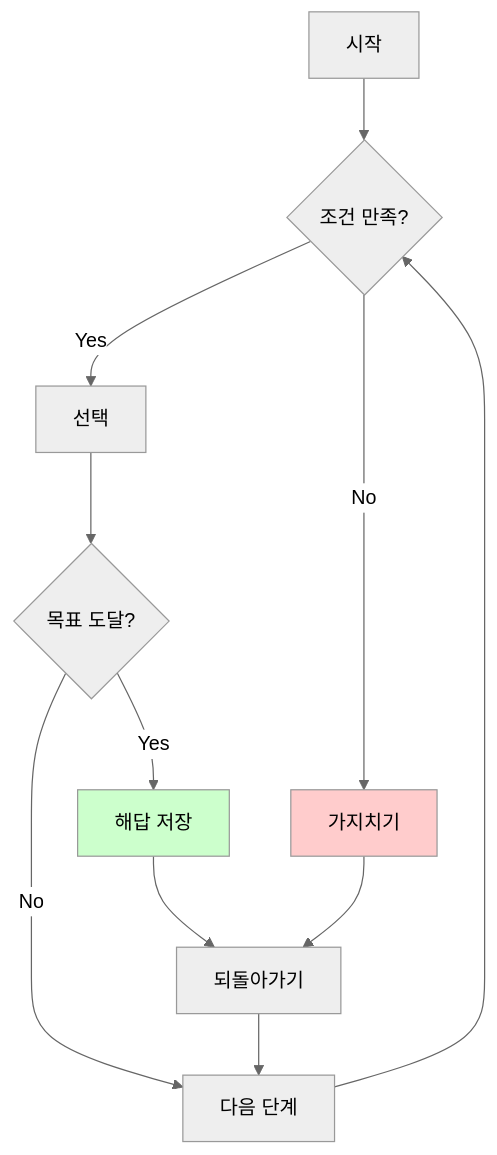
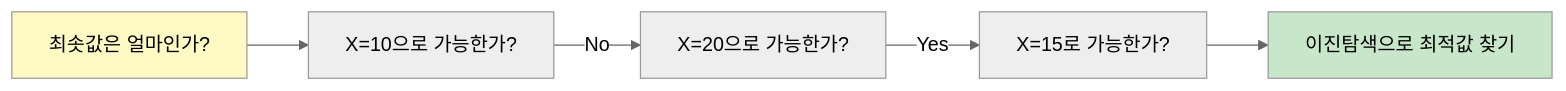
Before and after one commit to nugurejeil/weniVooks: the third of 3 diagrams in _md/essentials-codingtest/chapter04/04-3.md, drawn with Mermaid (neutral theme). The commit also changed other lines of this file and 9 other files, not shown here.

````diff
--- a/_md/essentials-codingtest/chapter04/04-3.md
+++ b/_md/essentials-codingtest/chapter04/04-3.md
@@ -170,16 +192,10 @@
 ```mermaid
-graph TD
-    A[시작] --> B{조건 만족?}
-    B -->|Yes| C[선택]
-    B -->|No| D[가지치기]
-    C --> E{목표 도달?}
-    E -->|Yes| F[해답 저장]
-    E -->|No| G[다음 단계]
-    G --> B
-    F --> H[되돌아가기]
-    H --> G
-    D --> H
+graph LR
+    A["최솟값은 얼마인가?"] --> B["X=10으로 가능한가?"]
+    B -->|No| C["X=20으로 가능한가?"]
+    C -->|Yes| D["X=15로 가능한가?"]
+    D --> E["이진탐색으로 최적값 찾기"]
 
-    style D fill:#ffcccc
-    style F fill:#ccffcc
+    style A fill:#fff9c4
+    style E fill:#c8e6c9
 ```
````
